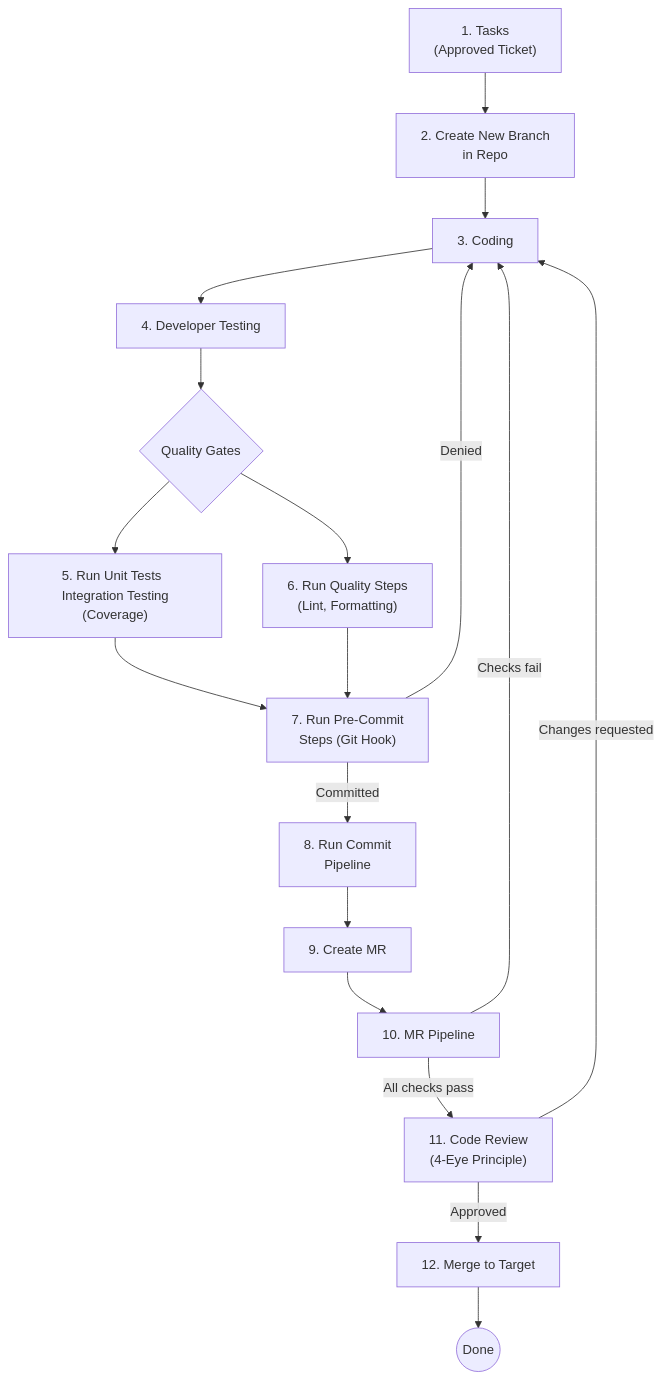
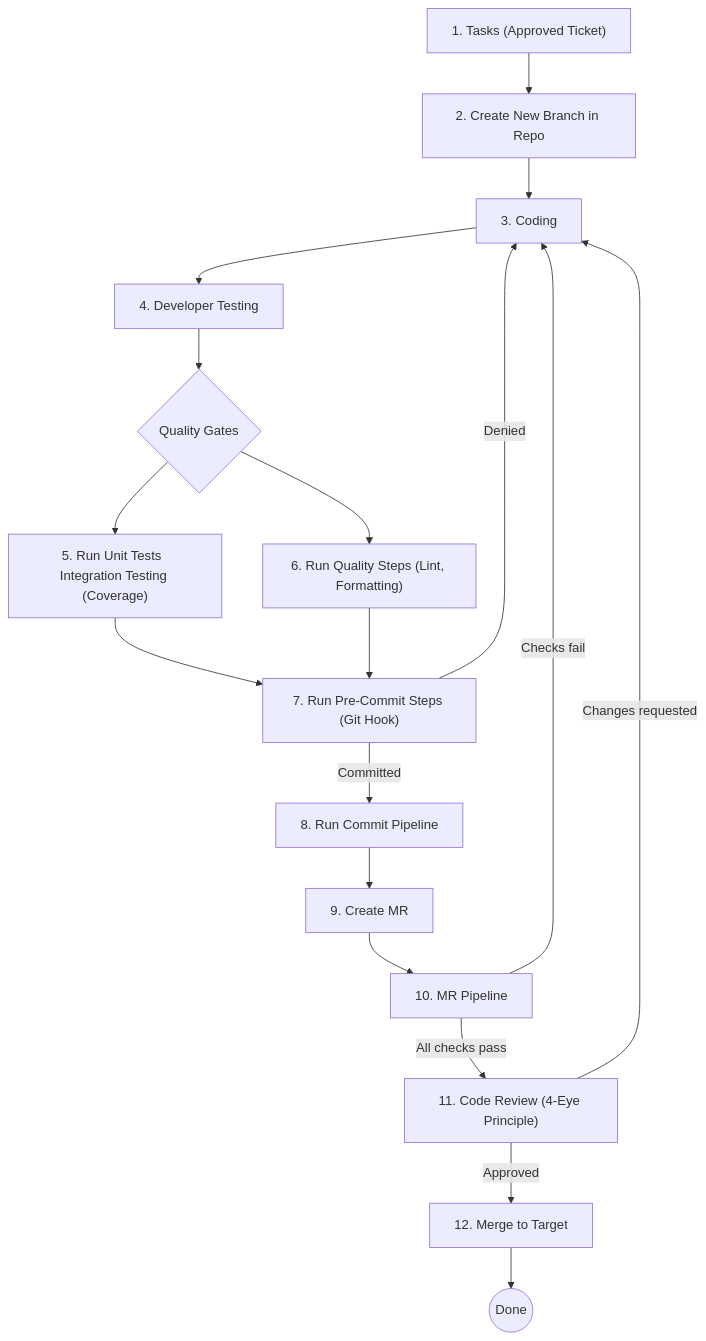
Before and after one commit to le0nce/developer-workflow: the diagram in steps/workflow.md, drawn with Mermaid. The commit also changed 2 other files, not shown here.

Commit message:
Formatting

````diff
--- a/steps/workflow.md
+++ b/steps/workflow.md
@@ -3,28 +3,28 @@
 ```mermaid
 flowchart TD
-    A["1. Tasks\n(Approved Ticket)"] --> B["2. Create New Branch\nin Repo"]
+    A["1. Tasks (Approved Ticket)"] --> B["2. Create New Branch in Repo"]
     B --> C["3. Coding"]
     C --> D["4. Developer Testing"]
     D --> E{"Quality Gates"}
 
-    E --> F["5. Run Unit Tests  Integration Testing\n(Coverage)"]
-    E --> G["6. Run Quality Steps\n(Lint, Formatting)"]
+    E --> F["5. Run Unit Tests  Integration Testing (Coverage)"]
+    E --> G["6. Run Quality Steps (Lint, Formatting)"]
 
-    F --> H["7. Run Pre-Commit\nSteps (Git Hook)"]
+    F --> H["7. Run Pre-Commit Steps (Git Hook)"]
     G --> H
 
-    H -->|"Committed"| I["8. Run Commit\nPipeline"]
+    H -->|"Committed"| I["8. Run Commit Pipeline"]
     H -->|"Denied"| C
 
     I --> J["9. Create MR"]
 
     J --> K["10. MR Pipeline"]
 
-    K -->|"All checks pass"| L["11. Code Review\n(4-Eye Principle)"]
+    K -->|"All checks pass"| L["11. Code Review (4-Eye Principle)"]
     K -->|"Checks fail"| C
 
     L -->|"Approved"| M["12. Merge to Target"]
     L -->|"Changes requested"| C
 
     M --> N(("Done"))
 ```
````
